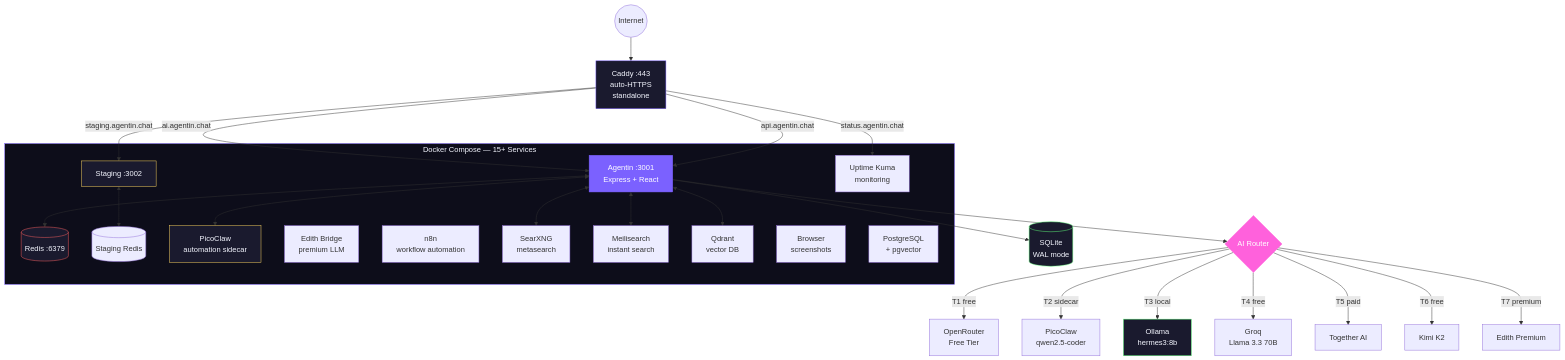
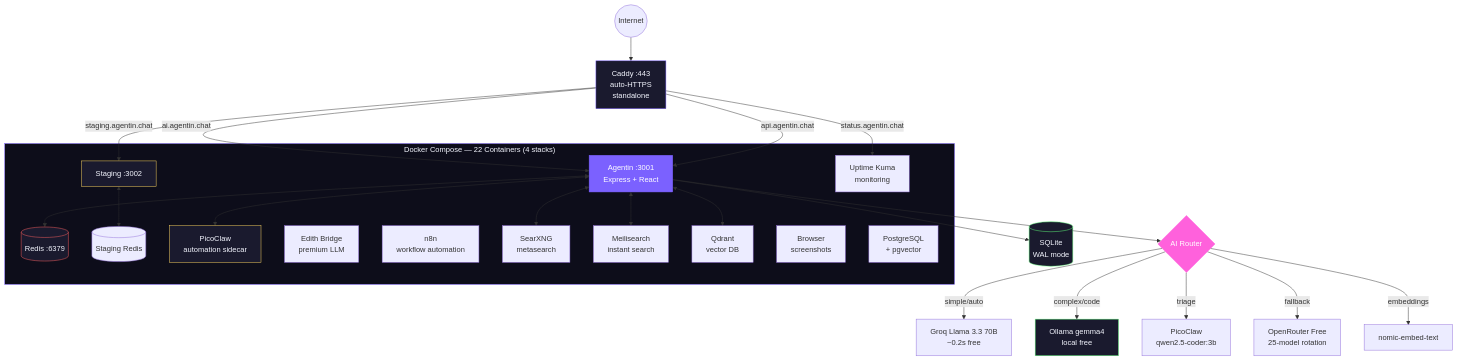
One commit to trendywink247-afk/GeekSpace2.0 changed the first of 2 diagrams in README.md. Above: the diagram before and after it, drawn with Mermaid. The commit also changed other lines of this file and 156 other files, not shown here.

````diff
--- a/README.md
+++ b/README.md
@@ -187,53 +211,51 @@
 ```mermaid
 graph TB
     Internet((Internet)) --> Caddy[Caddy :443<br/>auto-HTTPS<br/>standalone]
 
     Caddy -->|ai.agentin.chat| App
     Caddy -->|api.agentin.chat| App
     Caddy -->|staging.agentin.chat| Staging
     Caddy -->|status.agentin.chat| UptimeKuma
 
-    subgraph Docker["Docker Compose — 15+ Services"]
+    subgraph Docker["Docker Compose — 22 Containers (4 stacks)"]
         App["Agentin :3001<br/>Express + React"]
         Staging["Staging :3002"]
         Redis[(Redis :6379)]
         StagingRedis[(Staging Redis)]
         Pico["PicoClaw<br/>automation sidecar"]
         Edith["Edith Bridge<br/>premium LLM"]
         N8N["n8n<br/>workflow automation"]
         UptimeKuma["Uptime Kuma<br/>monitoring"]
         SearXNG["SearXNG<br/>metasearch"]
         Meili["Meilisearch<br/>instant search"]
         Qdrant["Qdrant<br/>vector DB"]
         Browser["Browser<br/>screenshots"]
         Postgres["PostgreSQL<br/>+ pgvector"]
 
         App <--> Redis
         App <--> Pico
         App <--> SearXNG
         App <--> Meili
         App <--> Qdrant
         Staging <--> StagingRedis
     end
 
     App --> SQLite[(SQLite<br/>WAL mode)]
     App --> Router{"AI Router"}
 
-    Router -->|"T1 free"| ORFree["OpenRouter<br/>Free Tier"]
-    Router -->|"T2 sidecar"| PicoClaw["PicoClaw<br/>qwen2.5-coder"]
-    Router -->|"T3 local"| Ollama["Ollama<br/>hermes3:8b"]
-    Router -->|"T4 free"| Groq["Groq<br/>Llama 3.3 70B"]
-    Router -->|"T5 paid"| Together["Together AI"]
-    Router -->|"T6 free"| Kimi["Kimi K2"]
-    Router -->|"T7 premium"| EdithLLM["Edith Premium"]
+    Router -->|"simple/auto"| Groq["Groq Llama 3.3 70B<br/>~0.2s free"]
+    Router -->|"complex/code"| Ollama["Ollama gemma4<br/>local free"]
+    Router -->|"triage"| PicoClaw["PicoClaw<br/>qwen2.5-coder:3b"]
+    Router -->|"fallback"| ORFree["OpenRouter Free<br/>25-model rotation"]
+    Router -->|"embeddings"| Embed["nomic-embed-text"]
 
     style App fill:#7B61FF,stroke:#7B61FF,color:#fff
     style Router fill:#FF61DC,stroke:#FF61DC,color:#fff
     style Caddy fill:#1A1A2E,stroke:#7B61FF,color:#F4F6FF
     style Docker fill:#0D0D1A,stroke:#7B61FF,color:#F4F6FF
     style SQLite fill:#1A1A2E,stroke:#61FF7B,color:#F4F6FF
     style Redis fill:#1A1A2E,stroke:#FF6161,color:#F4F6FF
     style Pico fill:#1A1A2E,stroke:#FFD761,color:#F4F6FF
     style Ollama fill:#1A1A2E,stroke:#61FF7B,color:#F4F6FF
     style Staging fill:#1A1A2E,stroke:#FFD761,color:#F4F6FF
 ```
````
